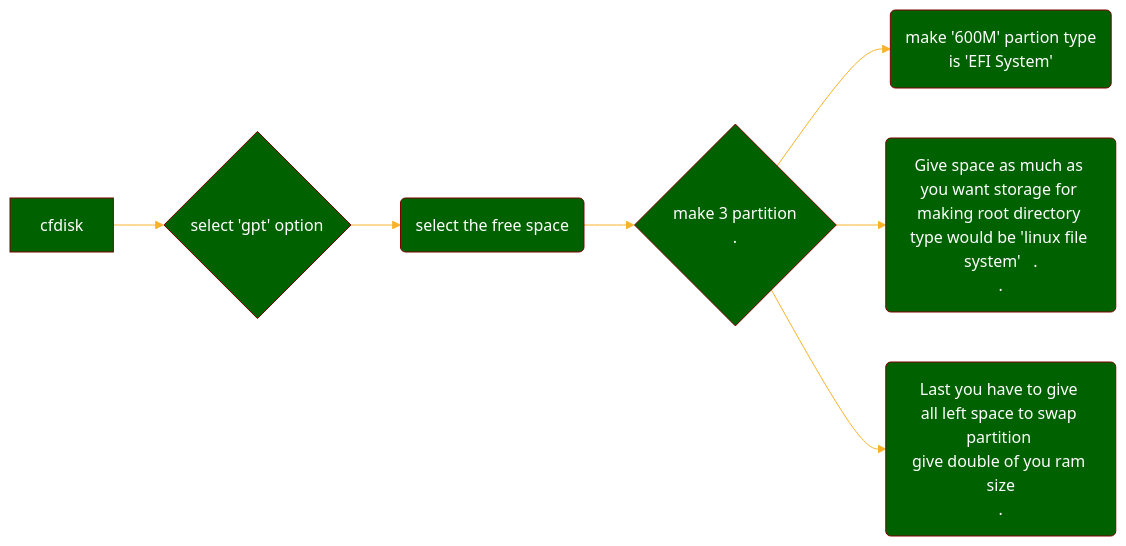
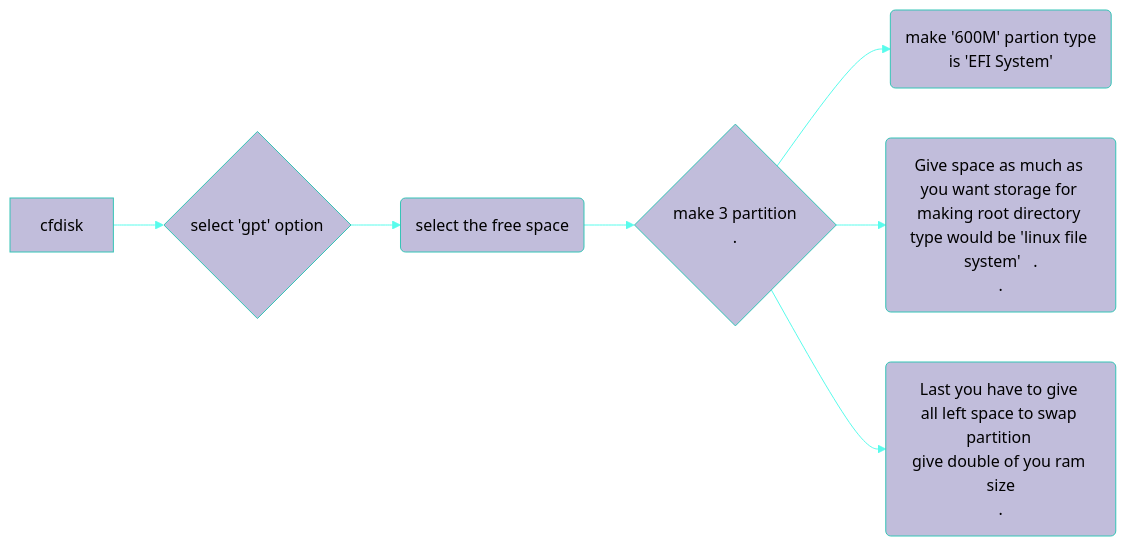
One commit to Yougraj/yougraj.github.io changed the diagram in content/posts/How to install Arch linux/index.md. Above: the diagram before and after it, drawn with Mermaid.

```diff
--- a/content/posts/How to install Arch linux/index.md
+++ b/content/posts/How to install Arch linux/index.md
@@ -36,35 +36,35 @@
 {{< mermaid >}}
 %%{
-  init: {
-    'theme': 'base',
-    'themeVariables': {
-      'primaryColor': '#006100',
-      'primaryTextColor': '#fff',
-      'primaryBorderColor': '#7C0000',
-      'lineColor': '#F8B229',
-      'secondaryColor': '#006100',
-      'tertiaryColor': '#fff'
-    }
-  }
+          init: {
+            'theme': 'base',
+            'themeVariables': {
+              'primaryColor': '#C1BDDB',
+              'primaryTextColor': '#000',
+              'primaryBorderColor': '#35C4B6',
+              'lineColor': '#58FCEC',
+              'secondaryColor': '#006100',
+              'tertiaryColor': '#fff'
+            }
+          }
 }%%
 flowchart LR
 A[cfdisk] --> B{select 'gpt' option}    
 B --> C("`select the free space`")    
 C --> D{"`make 3 partition
 
 .`"}
 D --> E("`make '600M' partion type 
 is 'EFI System'`")
 D --> root("`Give space as much as 
 you want storage for 
 making root directory 
 type would be 'linux file system'   .
 
 .`")
 D --> swap("`Last you have to give 
 all left space to swap partition 
 give double of you ram size
 
 .`")
 
 {{< /mermaid >}}
```
